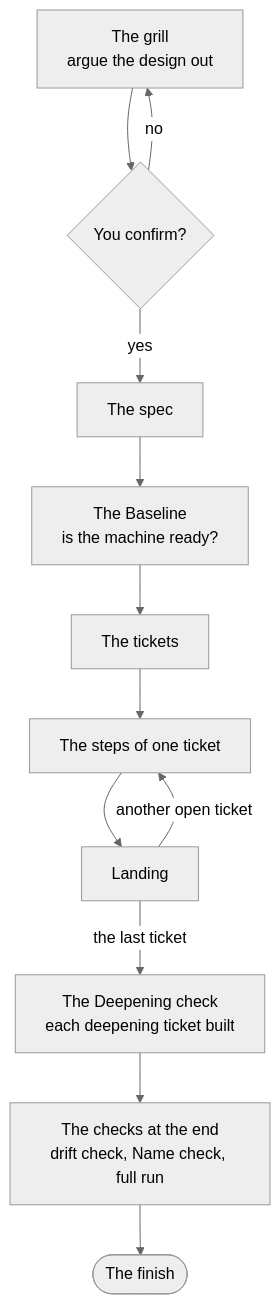
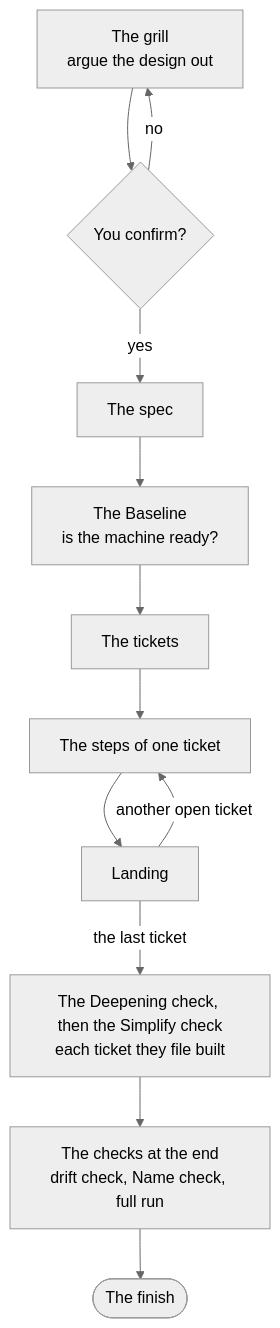
Before and after one commit to MalcolmMcNeely/skillworks: the diagram in docs/usage/the-loop.md, drawn with Mermaid (neutral theme). The commit also changed other lines of this file and 20 other files, not shown here.

First line of the commit message:
The loop runs the Simplify check after the deepening tickets and builds the simplify ticket

````diff
--- a/docs/usage/the-loop.md
+++ b/docs/usage/the-loop.md
@@ -11,14 +11,14 @@
 ```mermaid
 flowchart TD
     grill["The grill<br/>argue the design out"] --> gate{"You confirm?"}
     gate -- no --> grill
     gate -- yes --> spec["The spec"]
     spec --> baseline["The Baseline<br/>is the machine ready?"]
     baseline --> tickets["The tickets"]
     tickets --> steps["The steps of one ticket"]
     steps --> land["Landing"]
     land -- "another open ticket" --> steps
-    land -- "the last ticket" --> deepen["The Deepening check<br/>each deepening ticket built"]
-    deepen --> checks["The checks at the end<br/>drift check, Name check, full run"]
+    land -- "the last ticket" --> judges["The Deepening check, then the Simplify check<br/>each ticket they file built"]
+    judges --> checks["The checks at the end<br/>drift check, Name check, full run"]
     checks --> finish(["The finish"])
 ```
````
